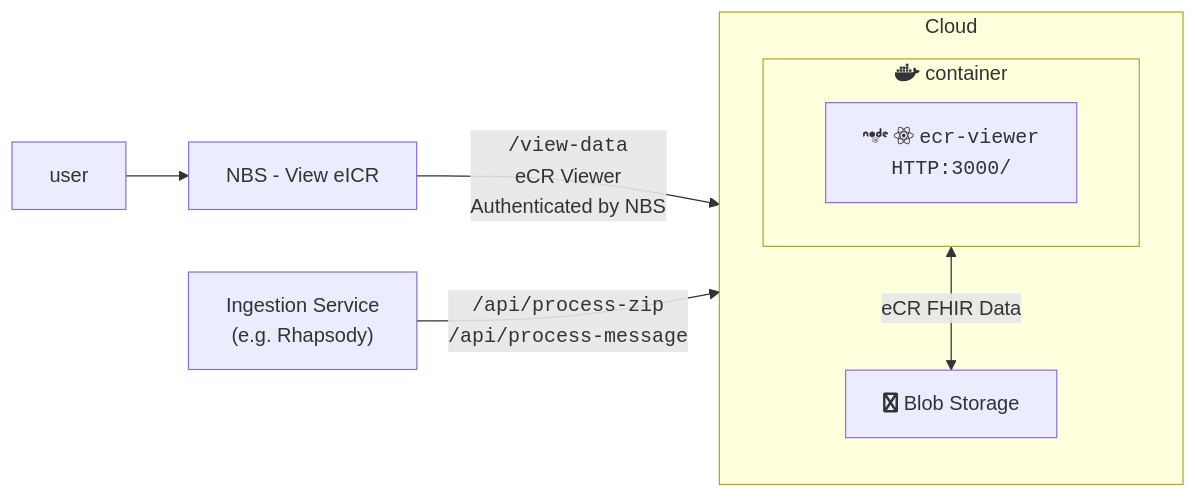
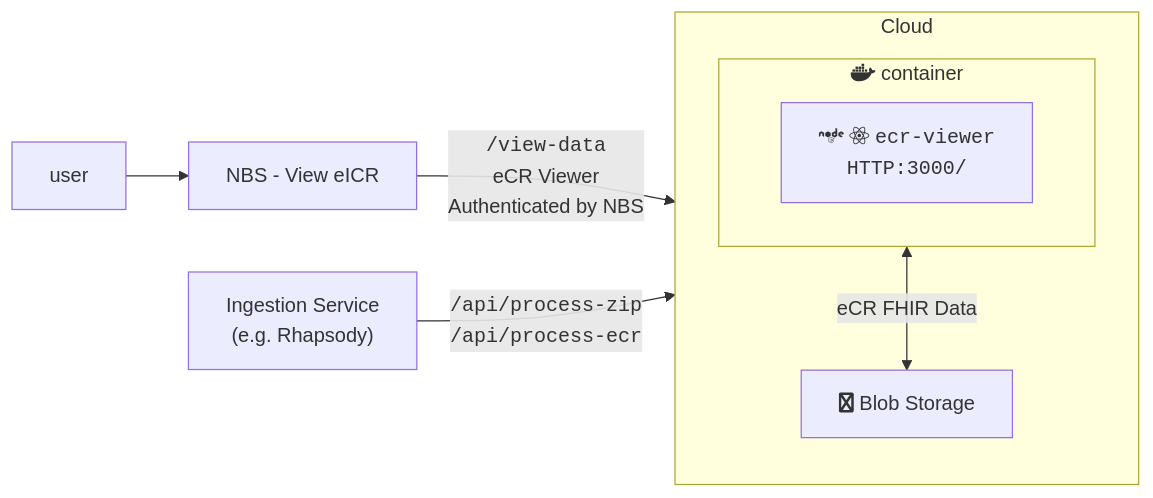
The first of 3 diagrams in containers/ecr-viewer/guide.md (CDCgov/dibbs-ecr-viewer), drawn with Mermaid before and after one commit. The commit also changed other lines of this file, not shown here.

````diff
--- a/containers/ecr-viewer/guide.md
+++ b/containers/ecr-viewer/guide.md
@@ -21,17 +21,17 @@
 ```mermaid
 flowchart LR
   user
   nbs["NBS - View eICR"]
   ingestion["Ingestion Service<br>(e.g. Rhapsody)"]
   subgraph service[Cloud]
     direction TB
     subgraph container["fab:fa-docker container"]
       viewer["fab:fa-node fab:fa-react <code>ecr-viewer<br>HTTP:3000/</code>"]
     end
     blobStorage["fab:fa-file Blob Storage"]
 	container <--> |eCR FHIR Data| blobStorage
   end
   user --> nbs
   nbs -->|<code>/view-data</code><br>eCR Viewer<br>Authenticated by NBS| container
-  ingestion -->|<code>/api/process-zip<br>/api/process-message</code>| container
+  ingestion -->|<code>/api/process-zip<br>/api/process-ecr</code>| container
 ```
````
